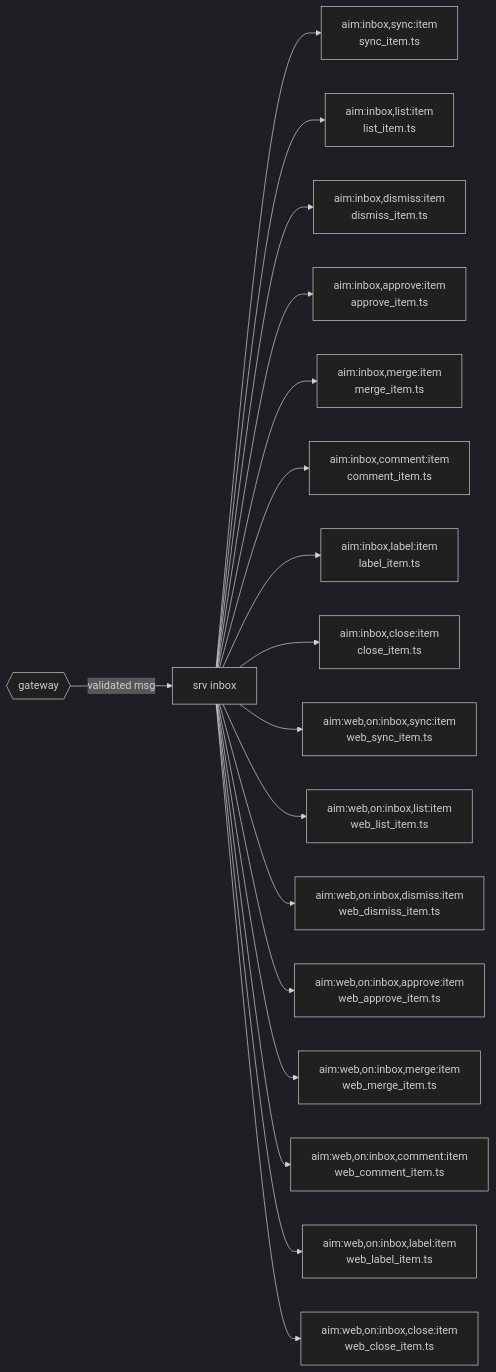
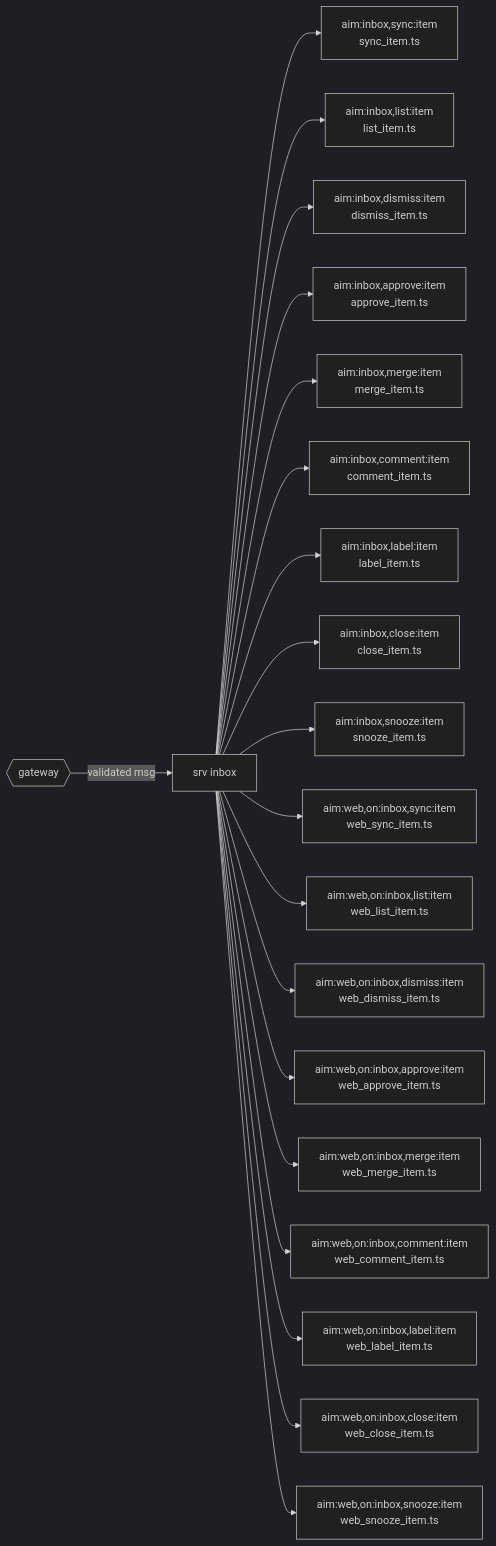
Before and after one commit to voxgig/repo-manager: the diagram in backend/src/srv/inbox/README.md, drawn with Mermaid (dark theme). The commit also changed other lines of this file and 12 other files, not shown here.

First line of the commit message:
Stage 2 (demo prep): more item kinds, derived priority, snooze, local search

````diff
--- a/backend/src/srv/inbox/README.md
+++ b/backend/src/srv/inbox/README.md
@@ -31,20 +33,22 @@
 ```mermaid
 flowchart LR
   gateway{{gateway}} -->|validated msg| srv[srv inbox]
   srv --> sync_item["aim:inbox,sync:item<br>sync_item.ts"]
   srv --> list_item["aim:inbox,list:item<br>list_item.ts"]
   srv --> dismiss_item["aim:inbox,dismiss:item<br>dismiss_item.ts"]
   srv --> approve_item["aim:inbox,approve:item<br>approve_item.ts"]
   srv --> merge_item["aim:inbox,merge:item<br>merge_item.ts"]
   srv --> comment_item["aim:inbox,comment:item<br>comment_item.ts"]
   srv --> label_item["aim:inbox,label:item<br>label_item.ts"]
   srv --> close_item["aim:inbox,close:item<br>close_item.ts"]
+  srv --> snooze_item["aim:inbox,snooze:item<br>snooze_item.ts"]
   srv --> web_sync_item["aim:web,on:inbox,sync:item<br>web_sync_item.ts"]
   srv --> web_list_item["aim:web,on:inbox,list:item<br>web_list_item.ts"]
   srv --> web_dismiss_item["aim:web,on:inbox,dismiss:item<br>web_dismiss_item.ts"]
   srv --> web_approve_item["aim:web,on:inbox,approve:item<br>web_approve_item.ts"]
   srv --> web_merge_item["aim:web,on:inbox,merge:item<br>web_merge_item.ts"]
   srv --> web_comment_item["aim:web,on:inbox,comment:item<br>web_comment_item.ts"]
   srv --> web_label_item["aim:web,on:inbox,label:item<br>web_label_item.ts"]
   srv --> web_close_item["aim:web,on:inbox,close:item<br>web_close_item.ts"]
+  srv --> web_snooze_item["aim:web,on:inbox,snooze:item<br>web_snooze_item.ts"]
 ```
````
